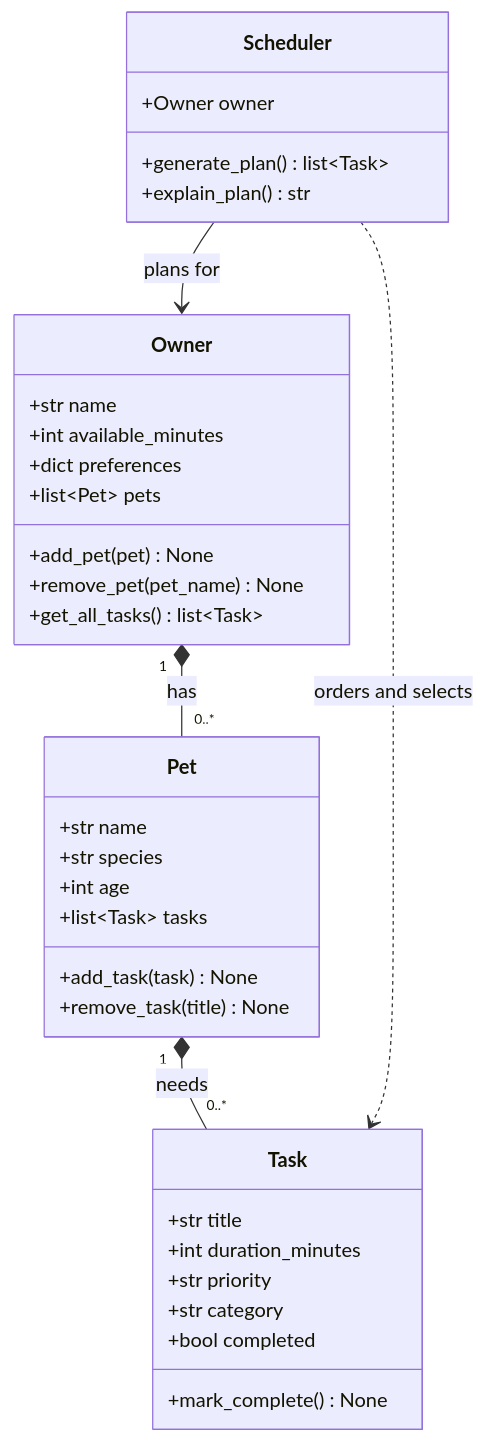
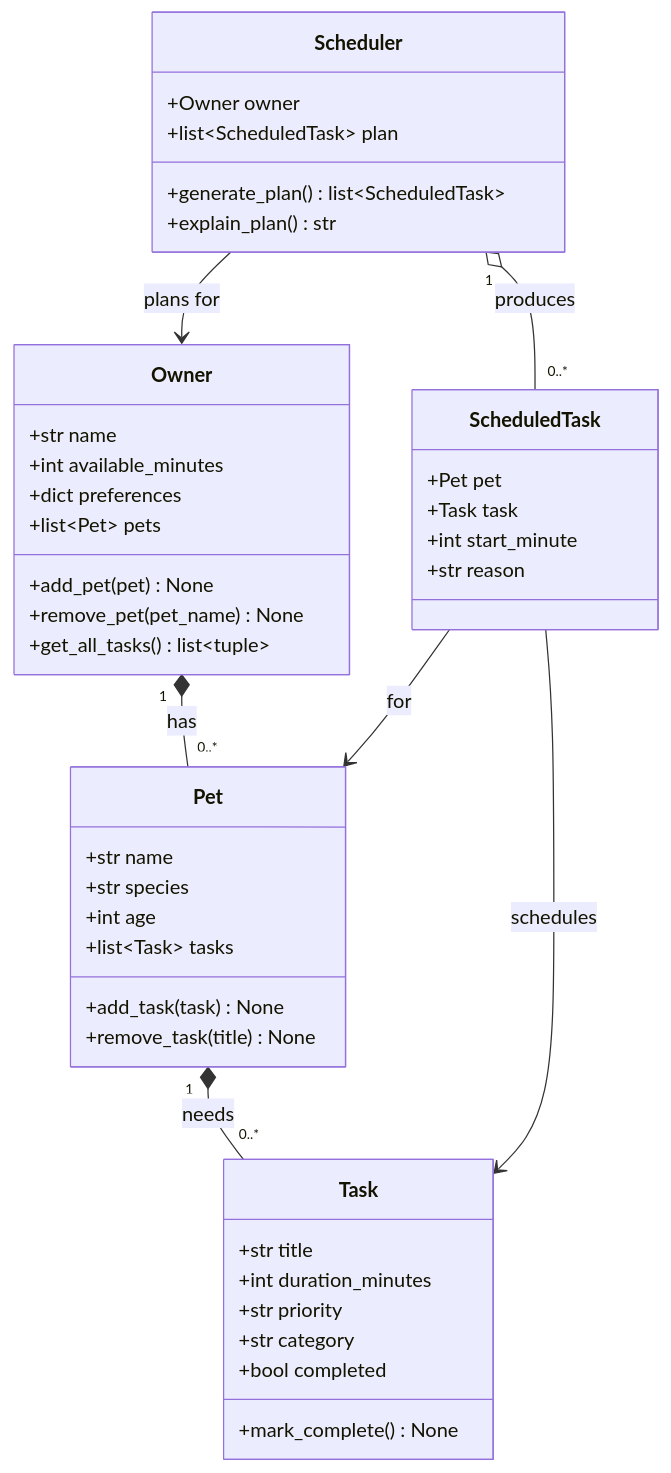
Before and after one commit to Samda-ux/ai110-module2show-pawpal-starter: the diagram in diagrams/uml.mmd, drawn with Mermaid. The commit also changed 2 other files, not shown here.

```diff
--- a/diagrams/uml.mmd
+++ b/diagrams/uml.mmd
@@ -1,39 +1,49 @@
 classDiagram
     class Owner {
         +str name
         +int available_minutes
         +dict preferences
         +list~Pet~ pets
         +add_pet(pet) None
         +remove_pet(pet_name) None
-        +get_all_tasks() list~Task~
+        +get_all_tasks() list~tuple~
     }
 
     class Pet {
         +str name
         +str species
         +int age
         +list~Task~ tasks
         +add_task(task) None
         +remove_task(title) None
     }
 
     class Task {
         +str title
         +int duration_minutes
         +str priority
         +str category
         +bool completed
         +mark_complete() None
     }
 
+    class ScheduledTask {
+        +Pet pet
+        +Task task
+        +int start_minute
+        +str reason
+    }
+
     class Scheduler {
         +Owner owner
-        +generate_plan() list~Task~
+        +list~ScheduledTask~ plan
+        +generate_plan() list~ScheduledTask~
         +explain_plan() str
     }
 
     Owner "1" *-- "0..*" Pet : has
     Pet "1" *-- "0..*" Task : needs
     Scheduler --> Owner : plans for
-    Scheduler ..> Task : orders and selects
+    Scheduler "1" o-- "0..*" ScheduledTask : produces
+    ScheduledTask --> Pet : for
+    ScheduledTask --> Task : schedules
```
